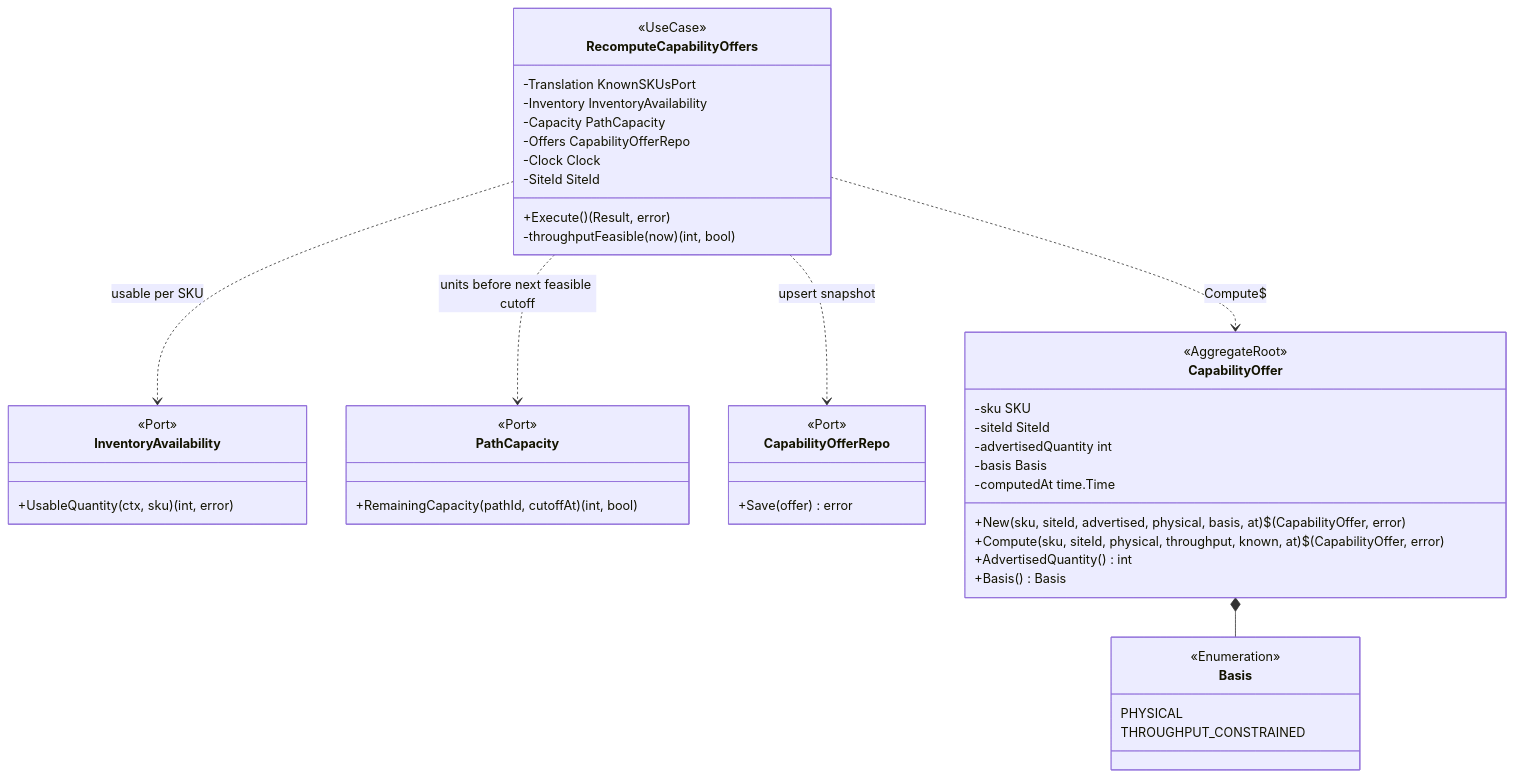
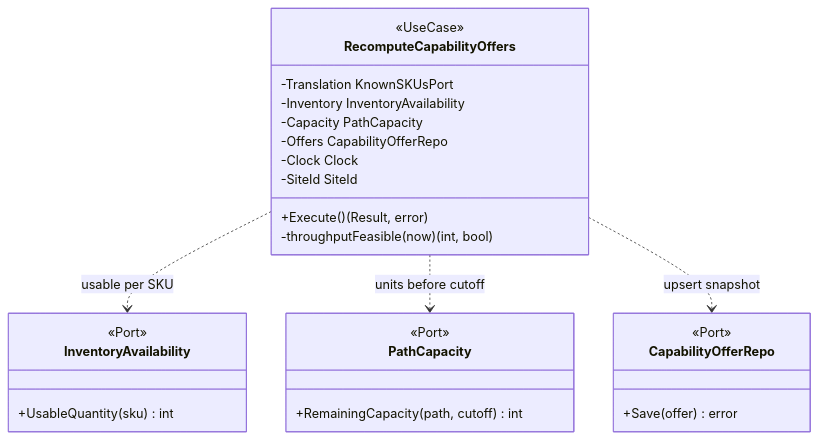
One commit to IQVO/warehouse-docs changed the second of 7 diagrams in network/docs/integration/stock-to-promise.md. Above: the diagram before and after it, drawn with Mermaid. The commit also changed other lines of this file, not shown here.

Commit message:
docs(network): fit all mermaid diagrams in the ~1020px frame (split ACL diagram, TB flowchart, tighter labels)

````diff
--- a/network/docs/integration/stock-to-promise.md
+++ b/network/docs/integration/stock-to-promise.md
@@ -118,49 +119,30 @@
 ```mermaid
 classDiagram
     direction TB
     class RecomputeCapabilityOffers {
         <<UseCase>>
         -Translation KnownSKUsPort
         -Inventory InventoryAvailability
         -Capacity PathCapacity
         -Offers CapabilityOfferRepo
         -Clock Clock
         -SiteId SiteId
         +Execute() (Result, error)
         -throughputFeasible(now) (int, bool)
     }
     class InventoryAvailability {
         <<Port>>
-        +UsableQuantity(ctx, sku) (int, error)
+        +UsableQuantity(sku) int
     }
     class PathCapacity {
         <<Port>>
-        +RemainingCapacity(pathId, cutoffAt) (int, bool)
+        +RemainingCapacity(path, cutoff) int
     }
     class CapabilityOfferRepo {
         <<Port>>
         +Save(offer) error
     }
-    class CapabilityOffer {
-        <<AggregateRoot>>
-        -sku SKU
-        -siteId SiteId
-        -advertisedQuantity int
-        -basis Basis
-        -computedAt time.Time
-        +New(sku, siteId, advertised, physical, basis, at)$ (CapabilityOffer, error)
-        +Compute(sku, siteId, physical, throughput, known, at)$ (CapabilityOffer, error)
-        +AdvertisedQuantity() int
-        +Basis() Basis
-    }
-    class Basis {
-        <<Enumeration>>
-        PHYSICAL
-        THROUGHPUT_CONSTRAINED
-    }
     RecomputeCapabilityOffers ..> InventoryAvailability : usable per SKU
-    RecomputeCapabilityOffers ..> PathCapacity : units before next feasible cutoff
-    RecomputeCapabilityOffers ..> CapabilityOffer : Compute$
+    RecomputeCapabilityOffers ..> PathCapacity : units before cutoff
     RecomputeCapabilityOffers ..> CapabilityOfferRepo : upsert snapshot
-    CapabilityOffer *-- Basis
 ```
````
